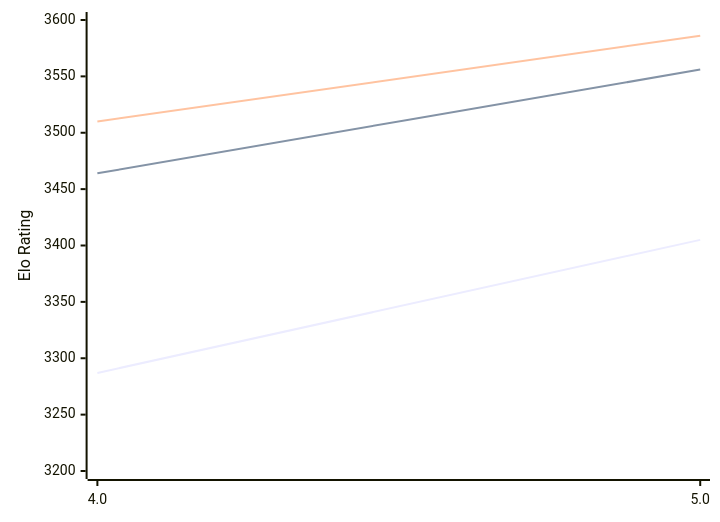
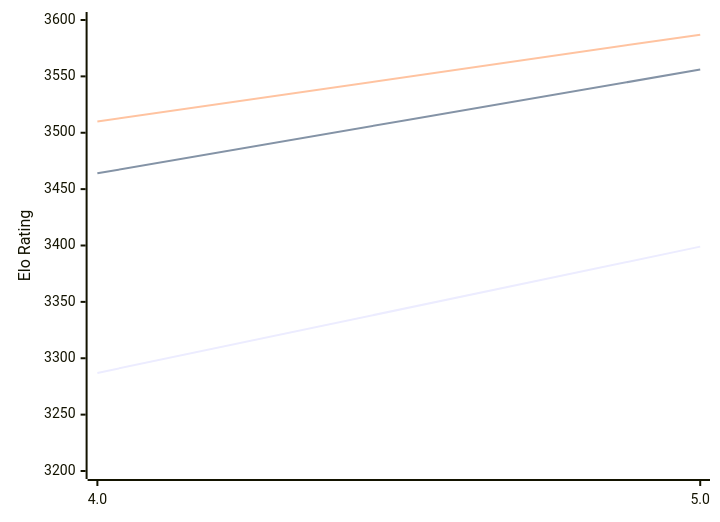
One commit to computer-chess-index/cci changed the diagram in engines/Tarnished.md. Above: the diagram before and after it, drawn with Mermaid. The commit also changed other lines of this file, not shown here.

Commit message:
Update CCI Ratings (ELO VLTC) - 2026-02-11

````diff
--- a/engines/Tarnished.md
+++ b/engines/Tarnished.md
@@ -33,9 +33,9 @@
 ```mermaid
 %%{init: {"theme":"base","themeVariables":{"seriesColors:['#a3a3a3','#222221','#faa371']}}}%%
 xychart-beta
   x-axis ["4.0", "5.0"]
   y-axis "Elo Rating" 3200 --> 3600
-  line "STC (8.0+0.08s)" [3287, 3405]
+  line "STC (8.0+0.08s)" [3287, 3399]
   line "LTC (60.0+0.60s)" [3464, 3556]
-  line "VLTC (2m24s+1.12s)" [3510, 3586]
+  line "VLTC (2m24s+1.12s)" [3510, 3587]
 ```
````
